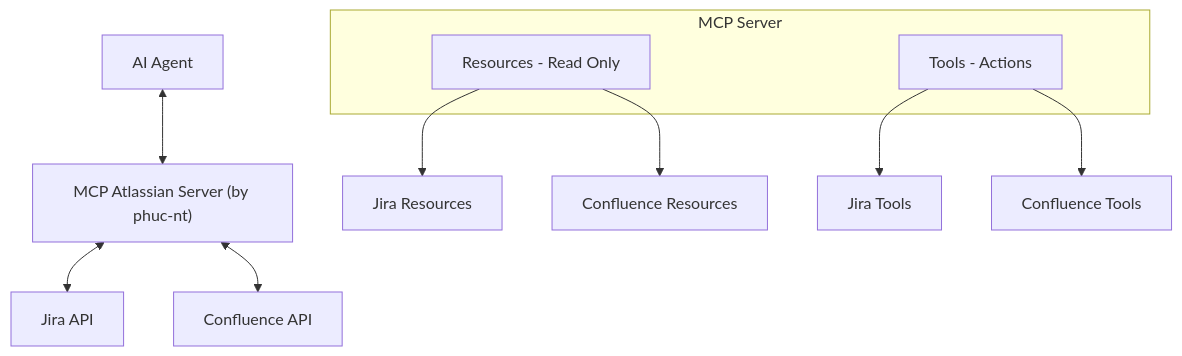
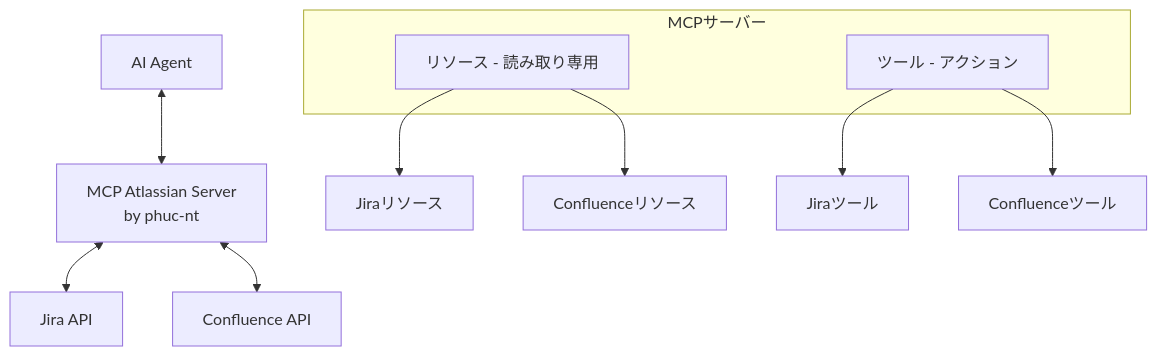
Before and after one commit to phuc-nt/auto-workflow-agent: the fifth of 5 diagrams in docs/knowledge/ai_agent_development_guide_part3.ja.md, drawn with Mermaid. The commit also changed other lines of this file and 2 other files, not shown here.

First line of the commit message:
docs: refactor MCP Sub-agent implementation section

````diff
--- a/docs/knowledge/ai_agent_development_guide_part3.ja.md
+++ b/docs/knowledge/ai_agent_development_guide_part3.ja.md
@@ -230,16 +252,16 @@
 ```mermaid
 graph TD
-    AI[AI Agent] <--> MCP["MCP Atlassian Server (by phuc-nt)"]
+    AI[AI Agent] <--> MCP[MCP Atlassian Server<br>by phuc-nt]
     MCP <--> JiraAPI[Jira API]
     MCP <--> ConfAPI[Confluence API]
     
-    subgraph "MCP Server"
-        Resources[Resources - Read Only] 
-        Tools[Tools - Actions]
+    subgraph "MCPサーバー"
+        Resources[リソース - 読み取り専用] 
+        Tools[ツール - アクション]
     end
     
-    Resources --> JiraRes[Jira Resources]
-    Resources --> ConfRes[Confluence Resources]
-    Tools --> JiraTools[Jira Tools]
-    Tools --> ConfTools[Confluence Tools]
+    Resources --> JiraRes[Jiraリソース]
+    Resources --> ConfRes[Confluenceリソース]
+    Tools --> JiraTools[Jiraツール]
+    Tools --> ConfTools[Confluenceツール]
 ```
````
